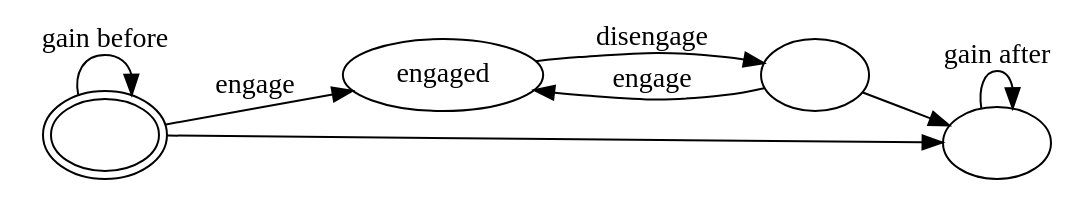
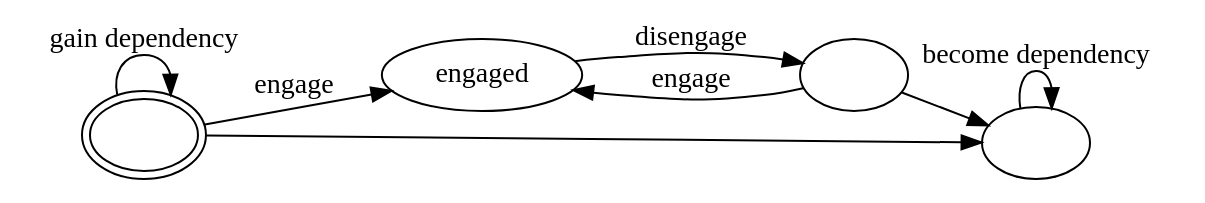
The diagram in sosp/opgroup_transitions.dot (ucla-readable/fstitch-doc), drawn with Graphviz before and after one commit. The commit also changed 1 other file, not shown here.

Commit message:
r4047: Update to paper's dependency language.

```diff
--- a/sosp/opgroup_transitions.dot
+++ b/sosp/opgroup_transitions.dot
@@ -1,15 +1,15 @@
 digraph pgtransitions
 {
 	rankdir=LR
 	"start" [label="",peripheries=2]
 	"b" [label="engaged"]
 	"c" [label=""]
 	"d" [label=""]
-	"start" -> "start" [label="gain before"]
+	"start" -> "start" [label="gain dependency"]
 	"start" -> "d"
 	"start" -> "b" [label="engage"]
 	"b" -> "c" [label="disengage"]
 	"c" -> "b" [label="engage"]
 	"c" -> "d"
-	"d" -> "d" [label="gain after"]
+	"d" -> "d" [label="become dependency"]
 }
```
